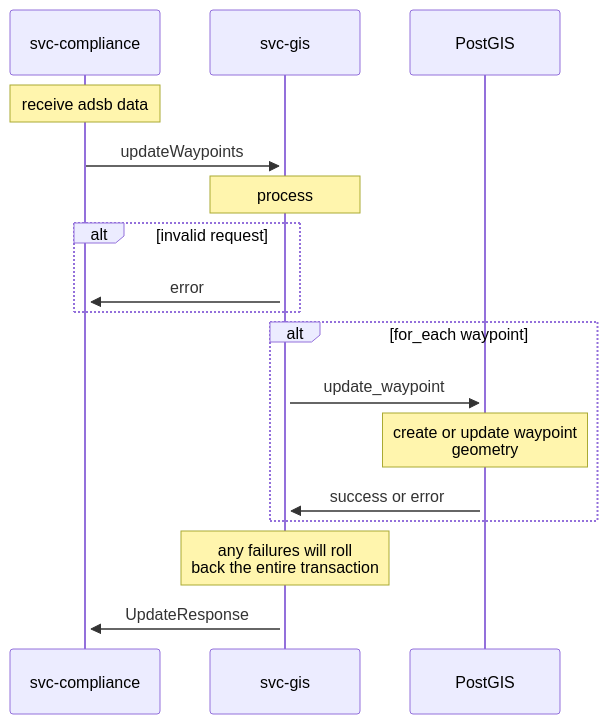
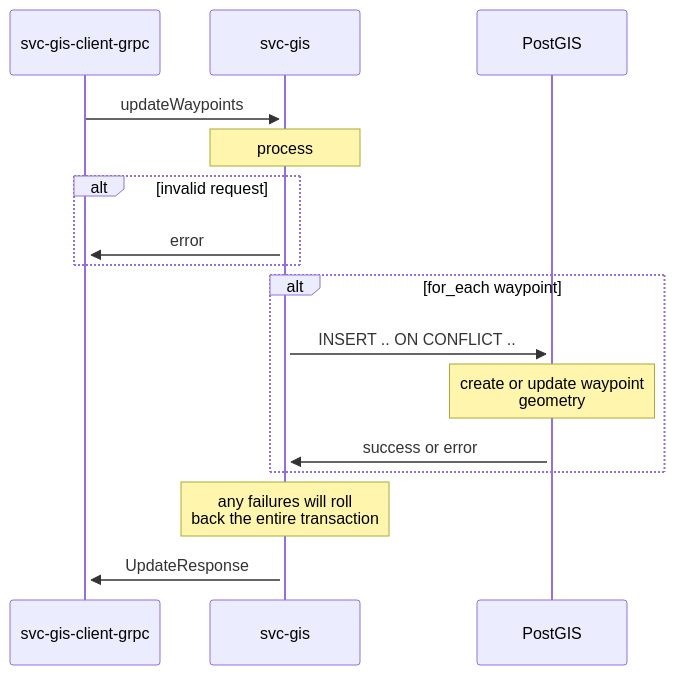
One commit to aetheric-oss/svc-gis changed the second of 6 diagrams in docs/sdd.md. Above: the diagram before and after it, drawn with Mermaid. The commit also changed other lines of this file and 20 other files, not shown here.

````diff
--- a/docs/sdd.md
+++ b/docs/sdd.md
@@ -85,24 +100,23 @@
 ```mermaid
 sequenceDiagram
-    participant client as svc-compliance
+    participant client as svc-gis-client-grpc
     participant gis as svc-gis
     participant postgis as PostGIS
 
-    note over client: receive adsb data
     client->>+gis: updateWaypoints
     note over gis: process
     alt invalid request
     gis->>+client: error
     end
     
     alt for_each waypoint
-    gis->>+postgis: update_waypoint
+    gis->>+postgis: INSERT .. ON CONFLICT ..
     
     note over postgis: create or update waypoint<br>geometry
     postgis->>+gis: success or error
     end
 
     note over gis: any failures will roll<br>back the entire transaction
     
     gis->>client: UpdateResponse
 ```
````
